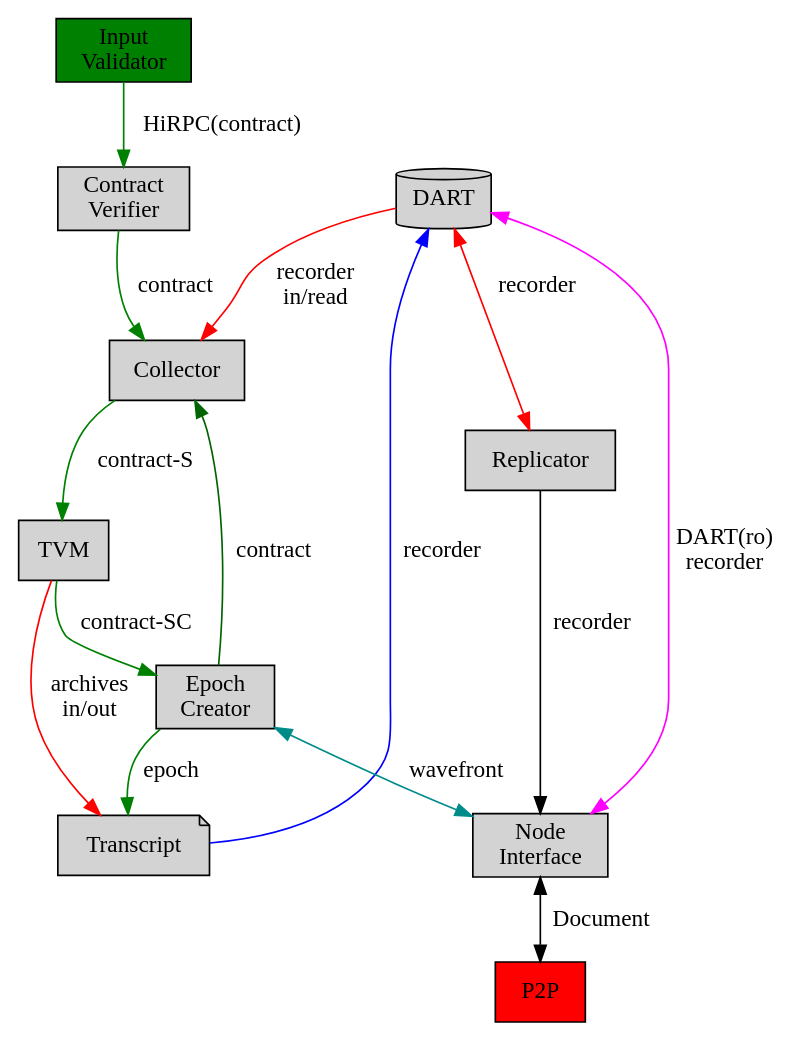
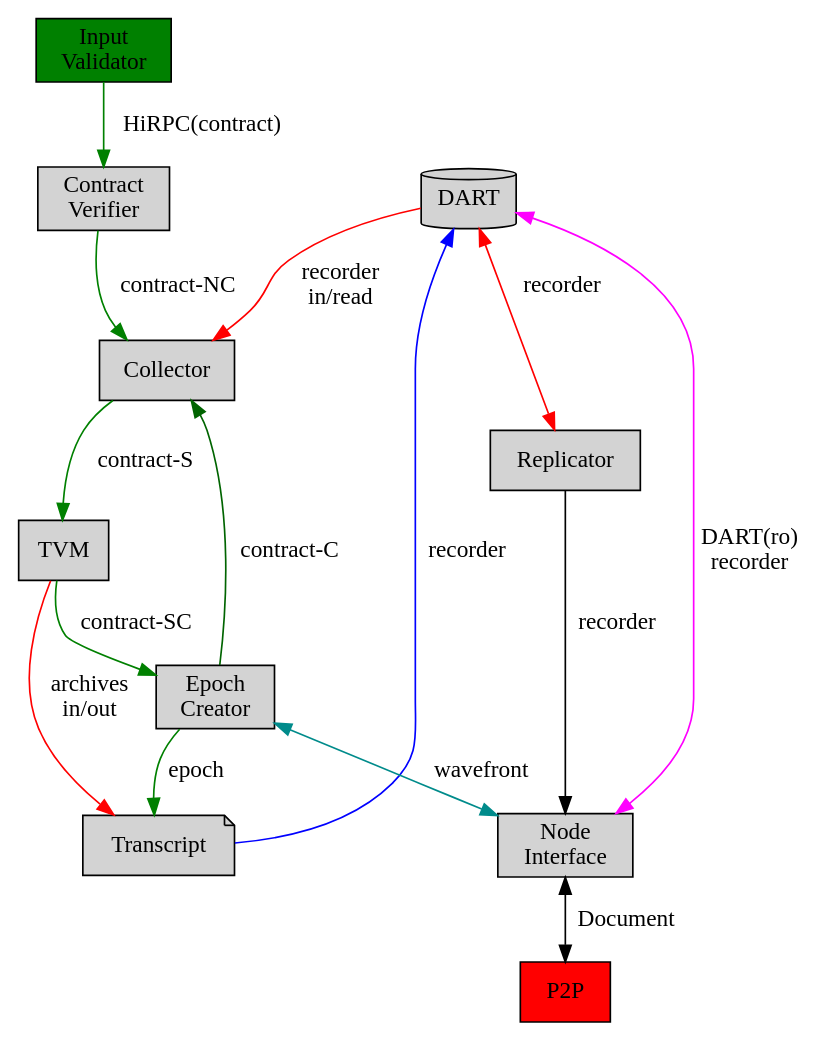
One commit to tagion/tagion changed the first of 2 diagrams in documents/architecture/Network_Architecture.md. Above: the diagram before and after it, drawn with Graphviz. The commit also changed 4 other files, not shown here.

Commit message:
DOC: Architecture

````diff
--- a/documents/architecture/Network_Architecture.md
+++ b/documents/architecture/Network_Architecture.md
@@ -31,29 +31,29 @@
 ```graphviz
 digraph Message_flow {
   compound=true;
   labelangle=35;
   node [style=filled]
   node [ shape = "rect"];
-  DART [shape = cylinder];
-  Input [ label="Input\nValidator" style=filled fillcolor=green ]
+  DART [href="#/documents/architecture/DART.md" shape = cylinder];
+  Input [href="#/documents/architecture/InputValidator.md" label="Input\nValidator" style=filled fillcolor=green ]
   P2P [ style=filled fillcolor=red]
   ContractVerifier [ label="Contract\nVerifier"]
   NodeInterface [ label="Node\nInterface"]
   Transcript [shape = note]
   EpochCreator [label="Epoch\nCreator"]
   Input -> ContractVerifier [label="HiRPC(contract)" color=green];
-  ContractVerifier -> Collector [label=contract color=green];
+  ContractVerifier -> Collector [label="contract-NC" color=green];
   Collector -> TVM [label="contract-S" color=green];
-  EpochCreator -> Collector [label=contract color=darkgreen];
+  EpochCreator -> Collector [label="contract-C" color=darkgreen];
   EpochCreator -> Transcript [label=epoch color=green];
   TVM -> Transcript [label="archives\nin/out" color=red];
   TVM -> EpochCreator [label="contract-SC" color=green];
   DART -> Replicator [label=recorder color=red dir=both];
   DART -> NodeInterface [label="DART(ro)\nrecorder" dir=both color=magenta];
   NodeInterface -> P2P [label=Document dir=both];
   DART -> Collector [label="recorder\nin/read" color=red];
   EpochCreator -> NodeInterface [label=wavefront dir=both color=cyan4];
   Transcript -> DART [label=recorder color=blue];
   Replicator -> NodeInterface [label=recorder];
 }
 ```
````
